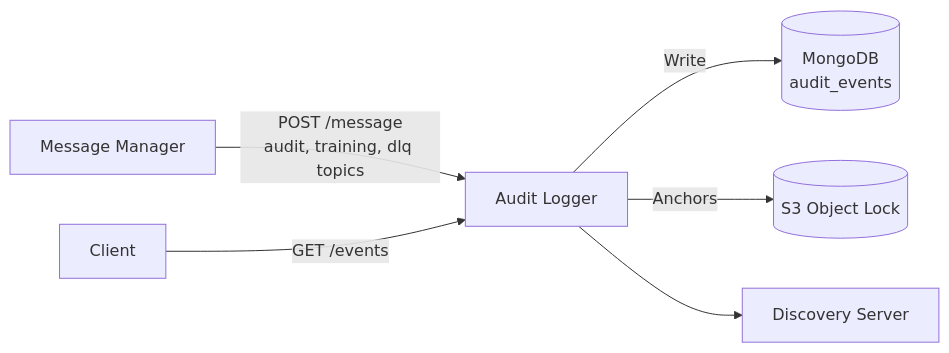
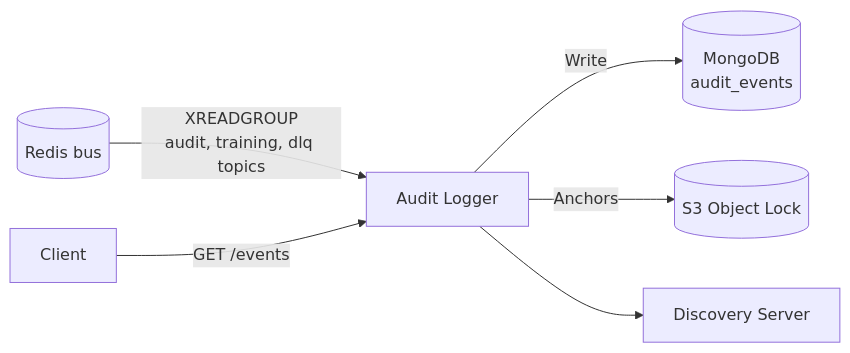
The diagram in services/audit-logger/ARCHITECTURE.md (docteur-turboss/trading-model), drawn with Mermaid before and after one commit. The commit also changed 220 other files, not shown here.

Commit message:
:fire:(multiple): remove the message-manager, dlq-service and mongo-dlq infrastructure, docs and gates (ADR-0073 release N+1) (#1241)

````diff
--- a/services/audit-logger/ARCHITECTURE.md
+++ b/services/audit-logger/ARCHITECTURE.md
@@ -9,8 +9,8 @@
 ```mermaid
 graph LR
-    MM["Message Manager"] -->|POST /message<br/>audit, training, dlq topics| AL["Audit Logger"]
+    BUS[("Redis bus")] -->|XREADGROUP<br/>audit, training, dlq topics| AL["Audit Logger"]
     AL -->|Write| MDB[("MongoDB<br/>audit_events")]
     AL -->|Anchors| S3[("S3 Object Lock")]
     API["Client"] -->|GET /events| AL
     AL --> DS["Discovery Server"]
 ```
````
